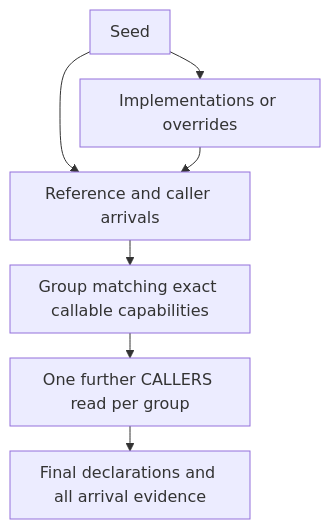
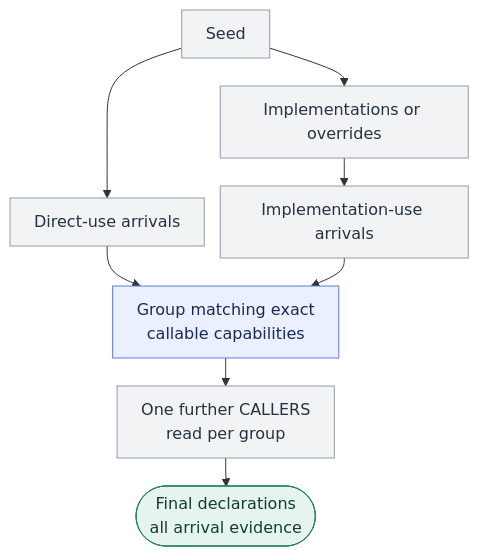
One commit to amichne/kast changed the second of 4 diagrams in docs/public/architecture/query-reuse.mdx. Above: the diagram before and after it, drawn with Mermaid. The commit also changed other lines of this file and 2 other files, not shown here.

````diff
--- a/docs/public/architecture/query-reuse.mdx
+++ b/docs/public/architecture/query-reuse.mdx
@@ -56,10 +83,16 @@
 ```mermaid
-%%{init: {"flowchart": {"rankSpacing": 25, "nodeSpacing": 20, "padding": 10}}}%%
+%%{init: {"flowchart": {"rankSpacing": 28, "nodeSpacing": 16, "padding": 12, "curve": "basis"}}}%%
 flowchart TD
   S["Seed"] --> I["Implementations or overrides"]
-  S --> A["Reference and caller arrivals"]
-  I --> A
-  A --> G["Group matching exact callable capabilities"]
-  G --> C["One further CALLERS read per group"]
-  C --> O["Final declarations and all arrival evidence"]
+  S --> A["Direct-use arrivals"]
+  I --> B["Implementation-use arrivals"]
+  A --> G["Group matching exact<br/>callable capabilities"]
+  B --> G
+  G --> C["One further CALLERS<br/>read per group"]
+  C --> O(["Final declarations<br/>all arrival evidence"])
+  classDef default fill:#f1f3f5,stroke:#929dab,color:#243242
+  classDef proof fill:#eaf0ff,stroke:#607bdb,color:#182a57
+  classDef result fill:#e5f5ee,stroke:#278160,color:#123d30
+  class G proof
+  class O result
 ```
````
